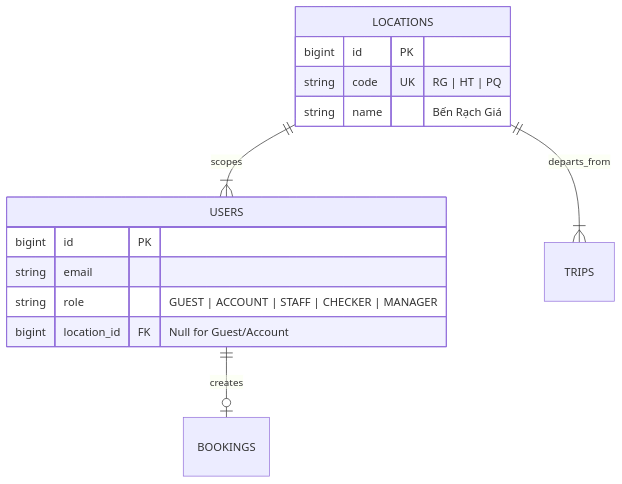
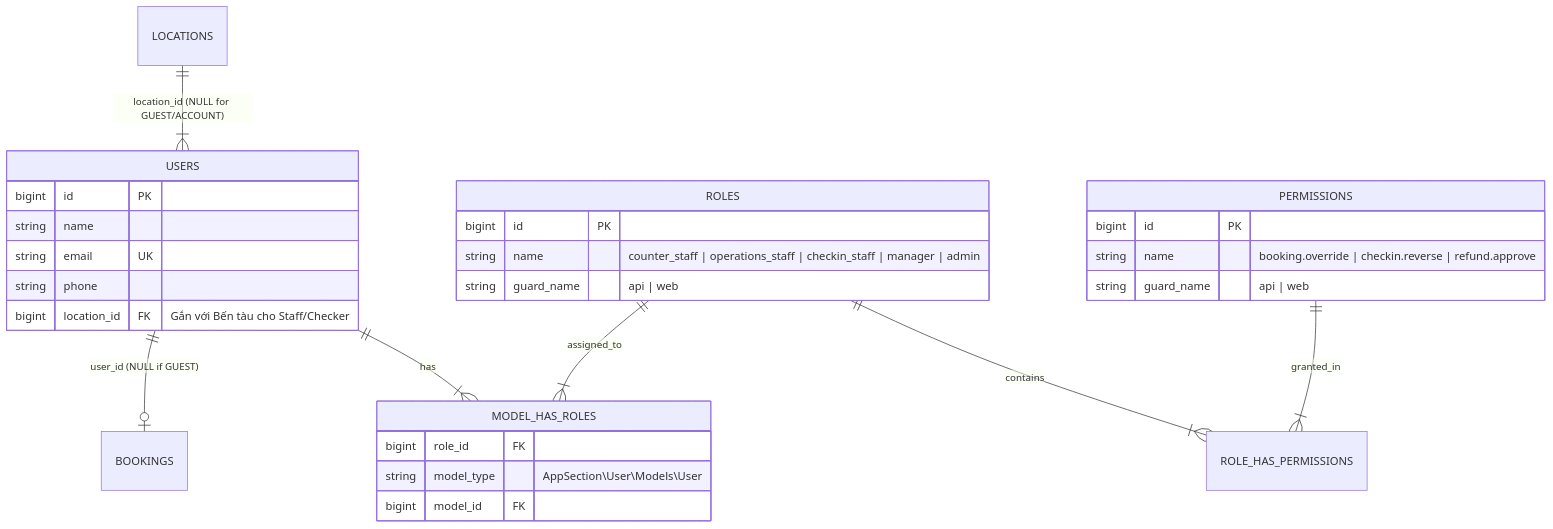
One commit to tomone2kd000-ux/superdong-booking-system changed the second of 2 diagrams in content/docs/chuong-00-tong-quan-nghiep-vu-kien-truc/02-strategic-domain-va-bounded-contexts.mdx. Above: the diagram before and after it, drawn with Mermaid. The commit also changed other lines of this file and 1 other file, not shown here.

Commit message:
fix: align Actor mapping with Spatie RBAC package, GUEST user_id=null, and official Spatie roles

````diff
--- a/content/docs/chuong-00-tong-quan-nghiep-vu-kien-truc/02-strategic-domain-va-bounded-contexts.mdx
+++ b/content/docs/chuong-00-tong-quan-nghiep-vu-kien-truc/02-strategic-domain-va-bounded-contexts.mdx
@@ -87,19 +91,35 @@
 ```mermaid
 erDiagram
-    USERS ||--o| BOOKINGS : creates
-    LOCATIONS ||--|{ USERS : scopes
-    LOCATIONS ||--|{ TRIPS : departs_from
+    USERS ||--o| BOOKINGS : "user_id (NULL if GUEST)"
+    LOCATIONS ||--|{ USERS : "location_id (NULL for GUEST/ACCOUNT)"
+    USERS ||--|{ MODEL_HAS_ROLES : has
+    ROLES ||--|{ MODEL_HAS_ROLES : assigned_to
+    ROLES ||--|{ ROLE_HAS_PERMISSIONS : contains
+    PERMISSIONS ||--|{ ROLE_HAS_PERMISSIONS : granted_in
 
     USERS {
         bigint id PK
-        string email
-        string role "GUEST | ACCOUNT | STAFF | CHECKER | MANAGER"
-        bigint location_id FK "Null for Guest/Account"
+        string name
+        string email UK
+        string phone
+        bigint location_id FK "Gắn với Bến tàu cho Staff/Checker"
     }
 
-    LOCATIONS {
+    ROLES {
         bigint id PK
-        string code UK "RG | HT | PQ"
-        string name "Bến Rạch Giá"
+        string name "counter_staff | operations_staff | checkin_staff | manager | admin"
+        string guard_name "api | web"
+    }
+
+    PERMISSIONS {
+        bigint id PK
+        string name "booking.override | checkin.reverse | refund.approve"
+        string guard_name "api | web"
+    }
+
+    MODEL_HAS_ROLES {
+        bigint role_id FK
+        string model_type "AppSection\\User\\Models\\User"
+        bigint model_id FK
     }
 ```
````
